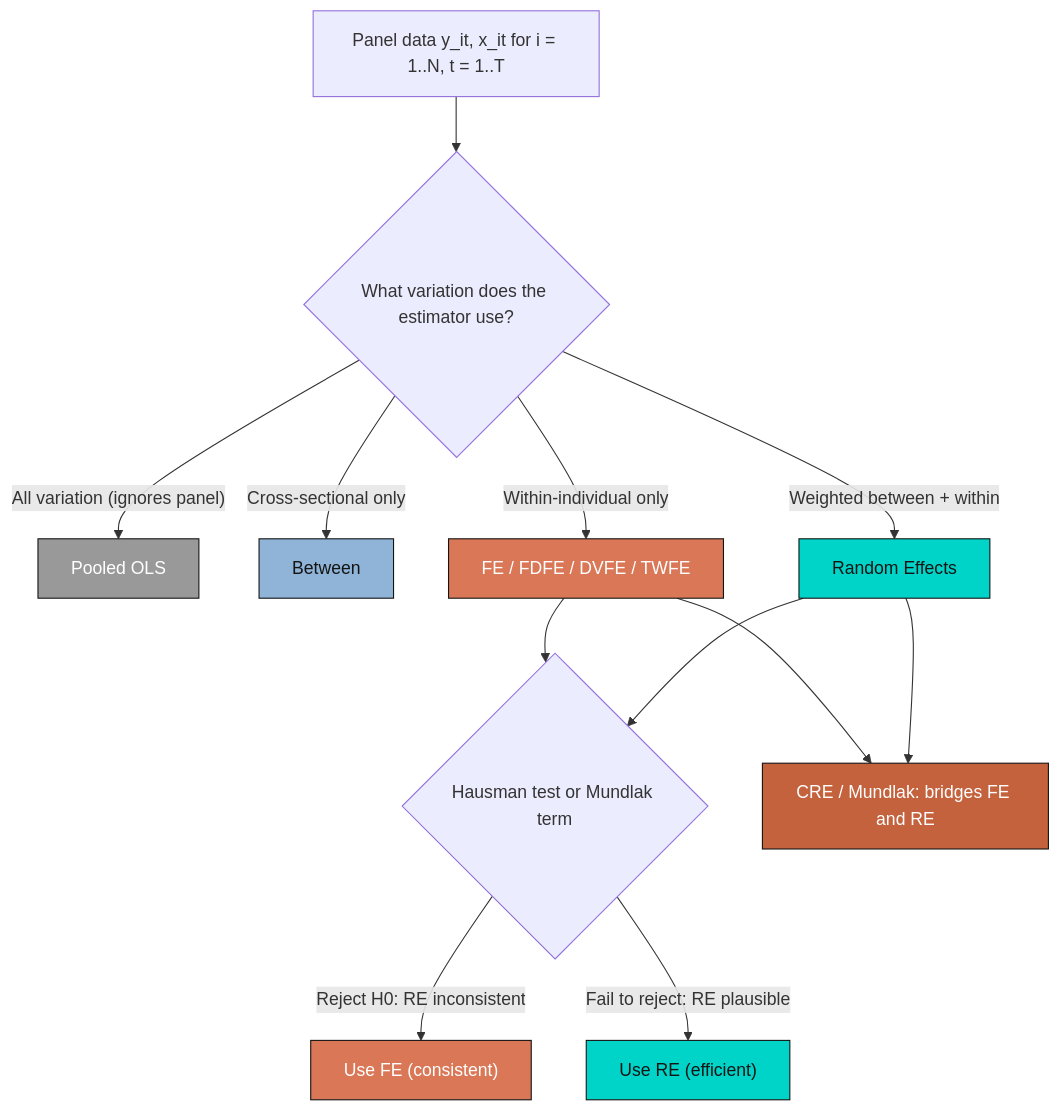
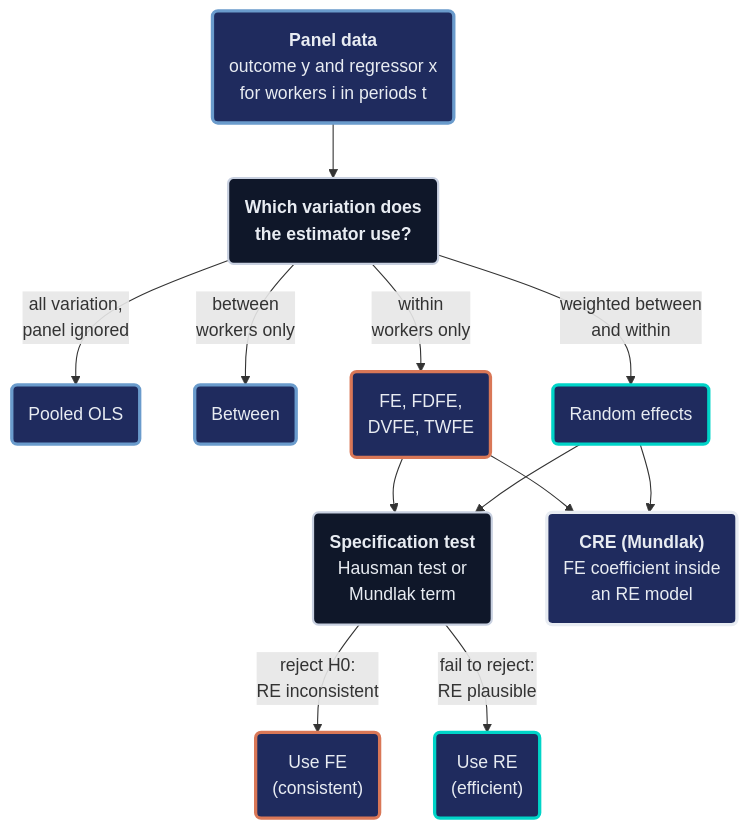
The second of 2 diagrams in content/post/python_panel_intro/index.md (cmg777/starter-academic-v501), drawn with Mermaid before and after one commit. The commit also changed other lines of this file and 2 other files, not shown here.

Commit message:
fix(mermaid): readable flowcharts on the dark background
- custom.scss §23 (dark mode only): unstyled Mermaid nodes now get a navy panel with light
  text instead of a light lavender fill under light label text; edge labels get a dark chip
  with light text; arrows and arrowheads are lightened. Scoped to nodes with class exactly
  "node default", so classDef/:::class nodes keep their own colors.
- python_panel_intro: both diagrams restyled with classDef (navy panels, light text, colored
  borders); the estimator-family diagram drops the large decision diamonds; the surrounding
  paragraphs are revised.
- Log: logs/2026-10-02-mermaid-dark-mode-contrast.md

Claude-Session: https://claude.ai/code/session_01TtbpAaKWRj6CSKErrDqng6

````diff
--- a/content/post/python_panel_intro/index.md
+++ b/content/post/python_panel_intro/index.md
@@ -122,22 +123,24 @@
 ```mermaid
 flowchart TD
-    A["Panel data y_it, x_it for i = 1..N, t = 1..T"]
-    A --> B{"What variation does the estimator use?"}
-    B -->|"All variation (ignores panel)"| POLS["Pooled OLS"]
-    B -->|"Cross-sectional only"| BETW["Between"]
-    B -->|"Within-individual only"| WITHIN["FE / FDFE / DVFE / TWFE"]
-    B -->|"Weighted between + within"| RE["Random Effects"]
-    WITHIN --> TEST{"Hausman test or Mundlak term"}
+    A("<b>Panel data</b><br/>outcome y and regressor x<br/>for workers i in periods t") --> Q("<b>Which variation does<br/>the estimator use?</b>")
+    Q -->|"all variation,<br/>panel ignored"| POLS("Pooled OLS")
+    Q -->|"between<br/>workers only"| BETW("Between")
+    Q -->|"within<br/>workers only"| WITHIN("FE, FDFE,<br/>DVFE, TWFE")
+    Q -->|"weighted between<br/>and within"| RE("Random effects")
+    WITHIN --> TEST("<b>Specification test</b><br/>Hausman test or<br/>Mundlak term")
     RE --> TEST
-    TEST -->|"Reject H0: RE inconsistent"| USE_FE["Use FE (consistent)"]
-    TEST -->|"Fail to reject: RE plausible"| USE_RE["Use RE (efficient)"]
-    WITHIN --> CRE["CRE / Mundlak: bridges FE and RE"]
+    WITHIN --> CRE("<b>CRE (Mundlak)</b><br/>FE coefficient inside<br/>an RE model")
     RE --> CRE
-    style POLS fill:#999999,stroke:#141413,color:#fff
-    style BETW fill:#8FB4D8,stroke:#141413,color:#141413
-    style WITHIN fill:#d97757,stroke:#141413,color:#fff
-    style RE fill:#00d4c8,stroke:#141413,color:#141413
-    style CRE fill:#c4623d,stroke:#141413,color:#fff
-    style USE_FE fill:#d97757,stroke:#141413,color:#fff
-    style USE_RE fill:#00d4c8,stroke:#141413,color:#141413
+    TEST -->|"reject H0:<br/>RE inconsistent"| USE_FE("Use FE<br/>(consistent)")
+    TEST -->|"fail to reject:<br/>RE plausible"| USE_RE("Use RE<br/>(efficient)")
+    classDef data fill:#1f2b5e,stroke:#6a9bcc,stroke-width:3px,color:#e8ecf2
+    classDef question fill:#0f1729,stroke:#c8d0e0,stroke-width:2px,color:#e8ecf2
+    classDef within fill:#1f2b5e,stroke:#d97757,stroke-width:3px,color:#e8ecf2
+    classDef tests fill:#1f2b5e,stroke:#00d4c8,stroke-width:3px,color:#e8ecf2
+    classDef bridge fill:#1f2b5e,stroke:#e8ecf2,stroke-width:3px,color:#e8ecf2
+    class A,POLS,BETW data
+    class Q,TEST question
+    class WITHIN,USE_FE within
+    class RE,USE_RE tests
+    class CRE bridge
 ```
````
